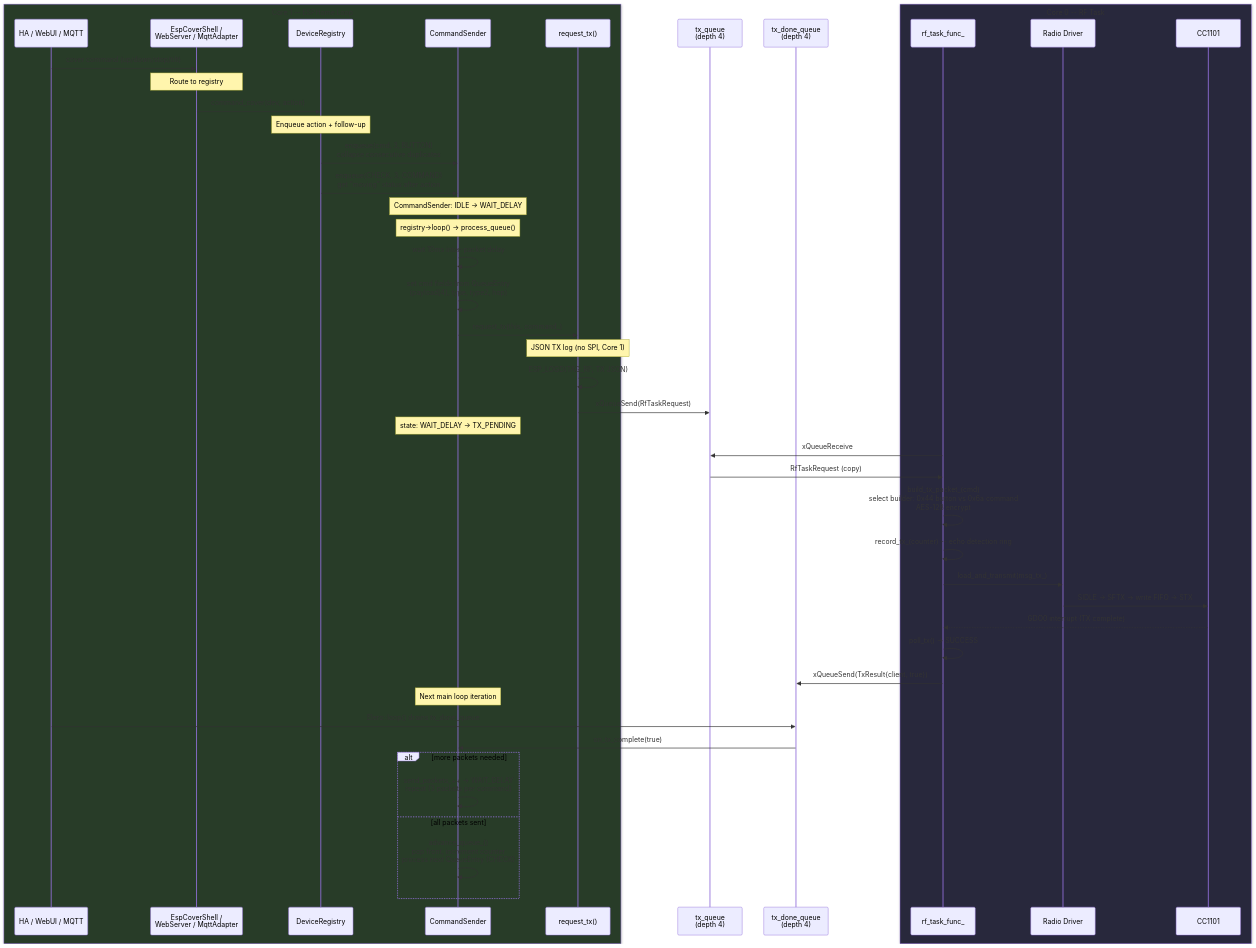
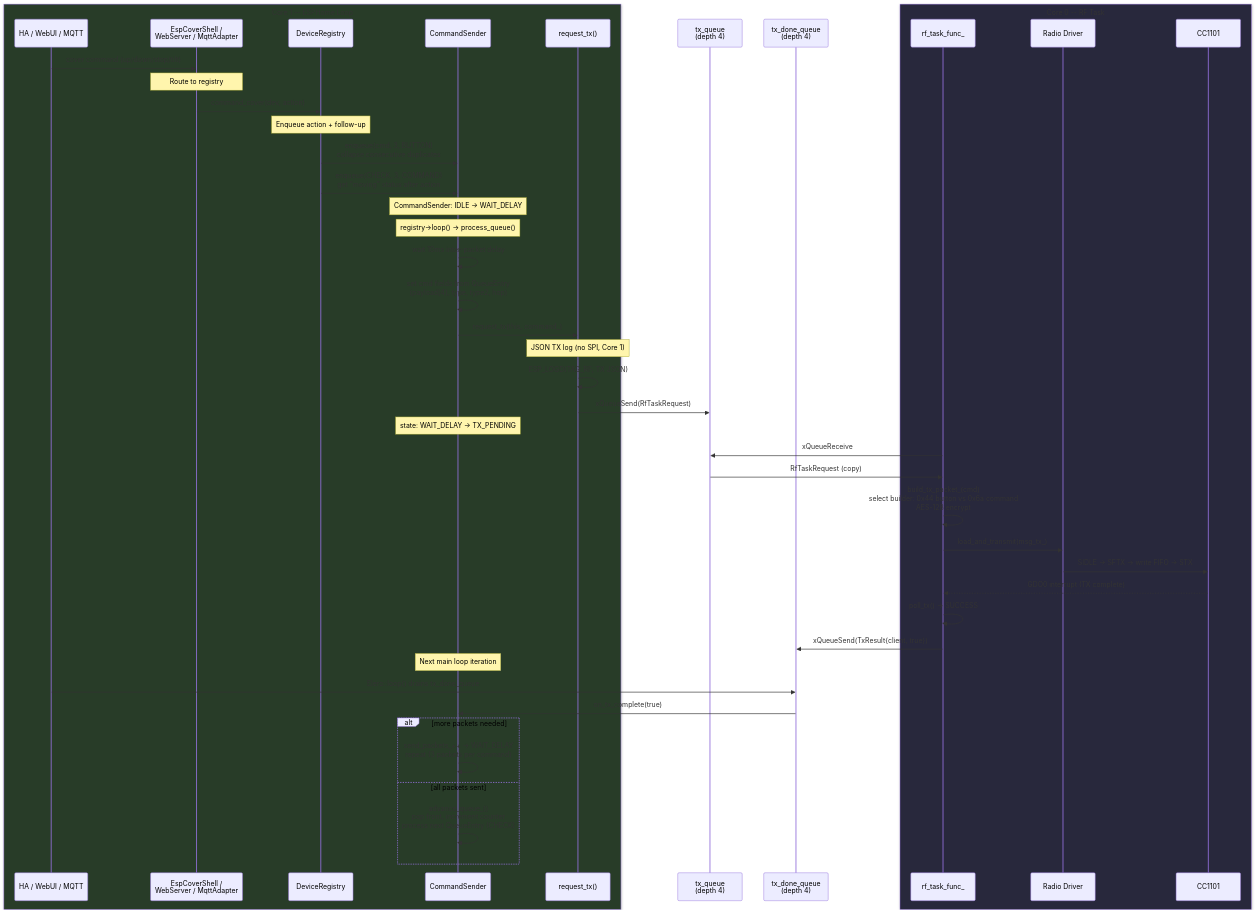
Before and after one commit to manuschillerdev/esphome-elero: the fourth of 7 diagrams in docs/flows/STATE_MACHINES.md, drawn with Mermaid. The commit also changed other lines of this file and 10 other files, not shown here.

First line of the commit message:
fix: remove echo detection — solves non-existent problem, risks false suppression

````diff
--- a/docs/flows/STATE_MACHINES.md
+++ b/docs/flows/STATE_MACHINES.md
@@ -309,61 +306,59 @@
 ```mermaid
 sequenceDiagram
     box rgb(40,60,40) Core 1 -- ESPHome Loop
         participant User as HA / WebUI / MQTT
         participant Adapter as EspCoverShell /<br/>WebServer / MqttAdapter
         participant Registry as DeviceRegistry
         participant Sender as CommandSender
         participant ReqTx as request_tx()
     end
     participant TXQ as tx_queue<br/>(depth 4)
     participant DQ as tx_done_queue<br/>(depth 4)
     box rgb(40,40,60) Core 0 -- RF Task
         participant RF as rf_task_func_
         participant Driver as Radio Driver
         participant HW as CC1101
     end
 
     User->>Adapter: cover command (up/down/stop/tilt)
 
     Note over Adapter: Route to registry
     Adapter->>Registry: command_cover(dev, action)
 
     Note over Registry: Enqueue action + follow-up
     Registry->>Sender: enqueue(cmd, 3, BUTTON)<br/>collapse consecutive duplicates
     Registry->>Sender: enqueue(CHECK, 3, COMMAND)<br/>get "moving" status after action
 
     Note over Sender: CommandSender: IDLE -> WAIT_DELAY
     Note over Sender: registry->loop() -> process_queue()
 
     Sender->>Sender: wait 10ms inter-packet delay
     Sender->>Sender: set cmd fields from QueueEntry<br/>(payload[4], type, type2, hop)
     Sender->>ReqTx: request_tx(this, command_)
 
     Note over ReqTx: JSON TX log (no SPI, Core 1)
     ReqTx->>ReqTx: ESP_LOGD(TAG_RF, TX JSON)
     ReqTx->>TXQ: xQueueSend(RfTaskRequest)
 
     Note over Sender: state: WAIT_DELAY -> TX_PENDING
 
     RF->>TXQ: xQueueReceive
     TXQ->>RF: RfTaskRequest (copy)
     RF->>RF: build_tx_packet_(cmd)<br/>select builder: 0x44 button vs 0x6a command<br/>AES-128 encrypt
-    RF->>RF: record_tx_(counter) -- echo detection ring
-
     RF->>Driver: load_and_transmit(msg_tx_)
     Driver->>HW: SIDLE -> SFTX -> write FIFO -> STX
     HW-->>RF: GDO0 interrupt (TX complete)
     RF->>RF: poll_tx() -> SUCCESS
 
     RF->>DQ: xQueueSend(TxResult{client, true})
 
     Note over Sender: Next main loop iteration
     User->>DQ: Elero::loop() drains tx_done_queue
     DQ->>Sender: on_tx_complete(true)
 
     alt more packets needed
         Sender->>Sender: send_packets_++ -> WAIT_DELAY<br/>repeat (3 packets per command)
     else all packets sent
         Sender->>Sender: advance_queue_()<br/>pop front, increment counter<br/>process next QueueEntry (CHECK)
     end
 ```
````
